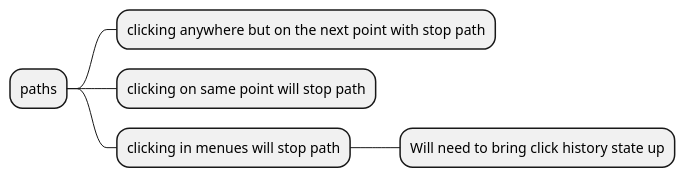
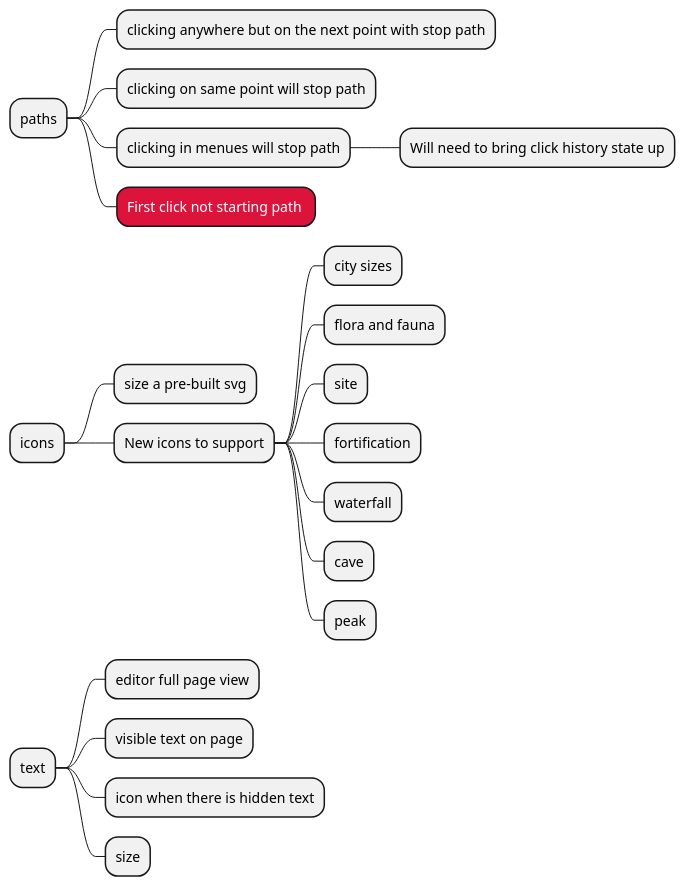
The diagram in todo.puml (rpg-gen/rpg-gen.github.io), drawn with PlantUML before and after one commit.

```diff
--- a/todo.puml
+++ b/todo.puml
@@ -1,9 +1,38 @@
 @startmindmap
+
+<style>
+
+MindmapDiagram {
+  .b {
+    BackgroundColor: Crimson
+    FontColor: White
+  }
+}
+
+</style>
 
 * paths
 ** clicking anywhere but on the next point with stop path
 ** clicking on same point will stop path
 ** clicking in menues will stop path
 *** Will need to bring click history state up
+** First click not starting path <<b>>
+
+* icons
+** size a pre-built svg
+** New icons to support
+*** city sizes
+*** flora and fauna
+*** site
+*** fortification
+*** waterfall
+*** cave
+*** peak
+
+* text
+** editor full page view
+** visible text on page
+** icon when there is hidden text
+** size
 
 @endmindmap
```
